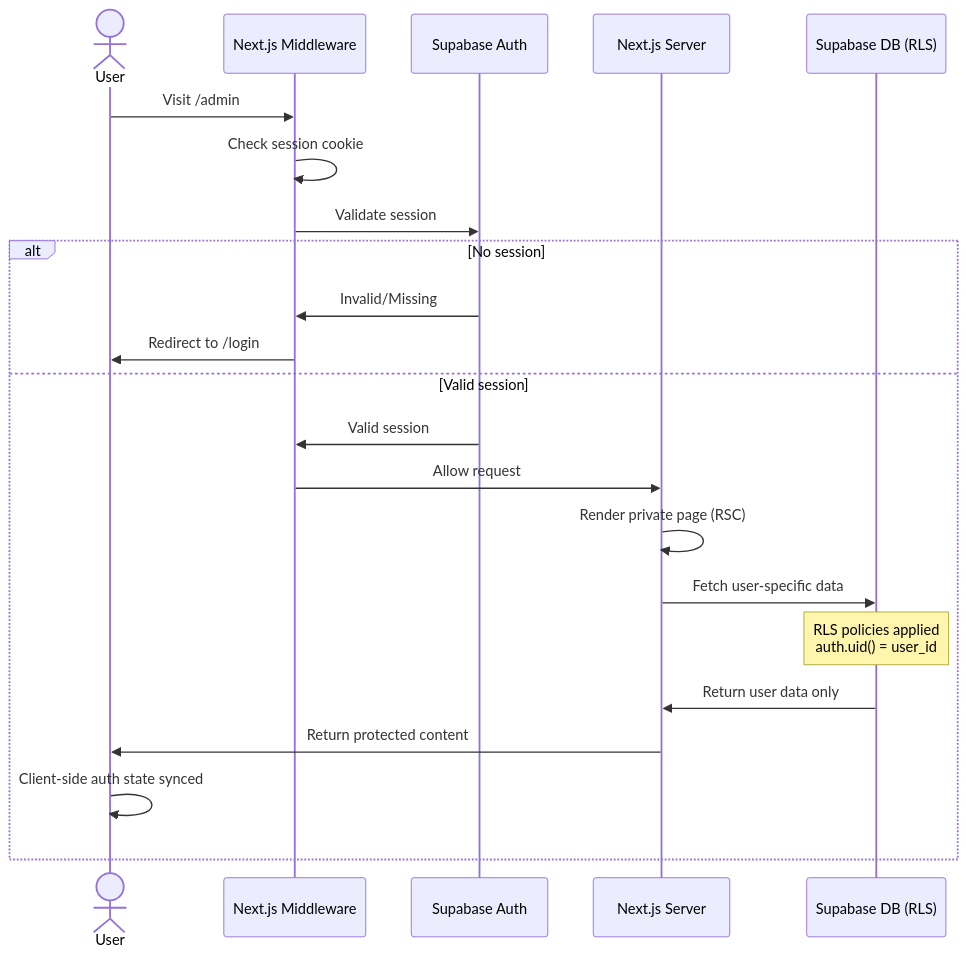
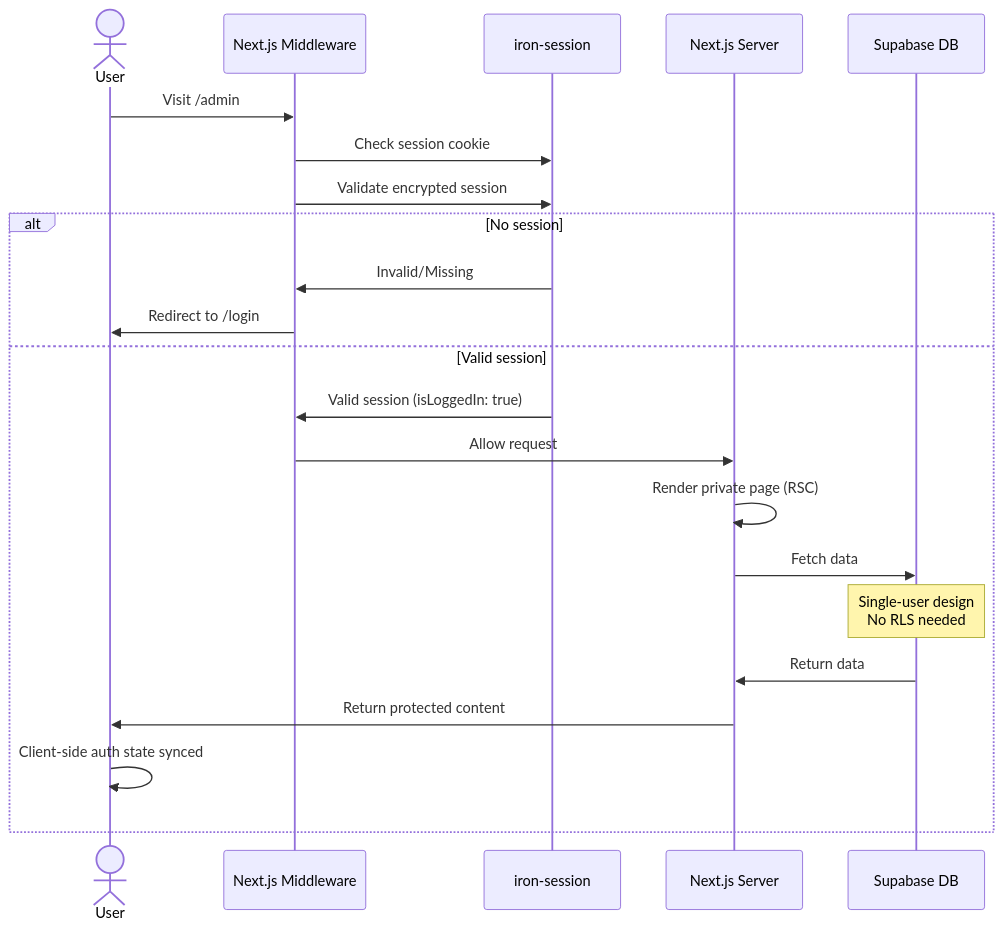
Before and after one commit to BikeshR/menorepo: the third of 6 diagrams in portfolio-platform/docs/02-system-architecture.md, drawn with Mermaid. The commit also changed other lines of this file and 5 other files, not shown here.

````diff
--- a/portfolio-platform/docs/02-system-architecture.md
+++ b/portfolio-platform/docs/02-system-architecture.md
@@ -675,26 +698,26 @@
 ```mermaid
 sequenceDiagram
     actor User
     participant MW as Next.js Middleware
-    participant Auth as Supabase Auth
+    participant Session as iron-session
     participant Next as Next.js Server
-    participant DB as Supabase DB (RLS)
+    participant DB as Supabase DB
 
     User->>MW: Visit /admin
-    MW->>MW: Check session cookie
-    MW->>Auth: Validate session
+    MW->>Session: Check session cookie
+    MW->>Session: Validate encrypted session
 
     alt No session
-        Auth->>MW: Invalid/Missing
+        Session->>MW: Invalid/Missing
         MW->>User: Redirect to /login
     else Valid session
-        Auth->>MW: Valid session
+        Session->>MW: Valid session (isLoggedIn: true)
         MW->>Next: Allow request
         Next->>Next: Render private page (RSC)
-        Next->>DB: Fetch user-specific data
-        Note over DB: RLS policies applied<br/>auth.uid() = user_id
-        DB->>Next: Return user data only
+        Next->>DB: Fetch data
+        Note over DB: Single-user design<br/>No RLS needed
+        DB->>Next: Return data
         Next->>User: Return protected content
         User->>User: Client-side auth state synced
     end
 ```
````
